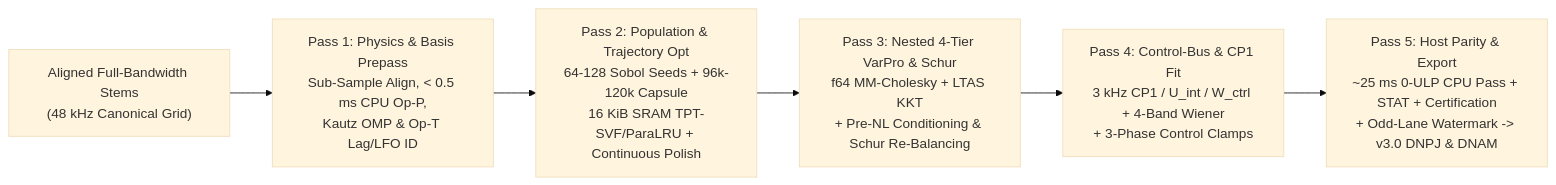
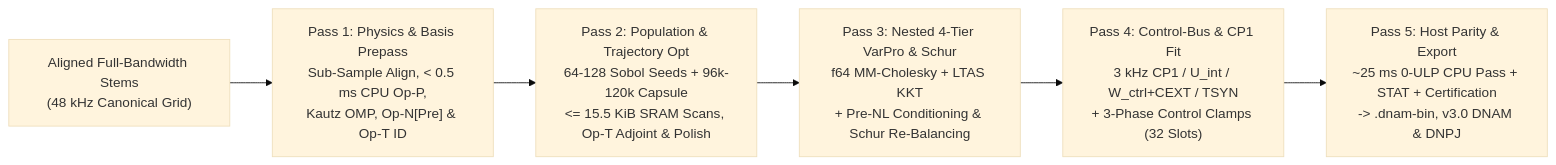
Before and after one commit to mokugen/dnam: the first of 2 diagrams in docs/specs/training/webgpu_and_varpro_solver.md, drawn with Mermaid (base theme). The commit also changed other lines of this file and 11 other files, not shown here.

Commit message:
docs(specs): finalize SONA v3.0 VM DSP, ControlBus, and WebGPU clean-room specs (M6)

````diff
--- a/docs/specs/training/webgpu_and_varpro_solver.md
+++ b/docs/specs/training/webgpu_and_varpro_solver.md
@@ -38,8 +40,8 @@
 ```mermaid
 flowchart LR
-    Stems["Aligned Full-Bandwidth Stems<br/>(48 kHz Canonical Grid)"] --> P1["Pass 1: Physics & Basis Prepass<br/>Sub-Sample Align, < 0.5 ms CPU Op-P,<br/>Kautz OMP & Op-T Lag/LFO ID"]
-    P1 --> P2["Pass 2: Population & Trajectory Opt<br/>64-128 Sobol Seeds + 96k-120k Capsule<br/>16 KiB SRAM TPT-SVF/ParaLRU + Continuous Polish"]
+    Stems["Aligned Full-Bandwidth Stems<br/>(48 kHz Canonical Grid)"] --> P1["Pass 1: Physics & Basis Prepass<br/>Sub-Sample Align, < 0.5 ms CPU Op-P,<br/>Kautz OMP, Op-N[Pre] & Op-T ID"]
+    P1 --> P2["Pass 2: Population & Trajectory Opt<br/>64-128 Sobol Seeds + 96k-120k Capsule<br/><= 15.5 KiB SRAM Scans, Op-T Adjoint & Polish"]
     P2 --> P3["Pass 3: Nested 4-Tier VarPro & Schur<br/>f64 MM-Cholesky + LTAS KKT<br/>+ Pre-NL Conditioning & Schur Re-Balancing"]
-    P3 --> P4["Pass 4: Control-Bus & CP1 Fit<br/>3 kHz CP1 / U_int / W_ctrl + 4-Band Wiener<br/>+ 3-Phase Control Clamps"]
-    P4 --> P5["Pass 5: Host Parity & Export<br/>~25 ms 0-ULP CPU Pass + STAT + Certification<br/>+ Odd-Lane Watermark -> v3.0 DNPJ & DNAM"]
+    P3 --> P4["Pass 4: Control-Bus & CP1 Fit<br/>3 kHz CP1 / U_int / W_ctrl+CEXT / TSYN<br/>+ 3-Phase Control Clamps (32 Slots)"]
+    P4 --> P5["Pass 5: Host Parity & Export<br/>~25 ms 0-ULP CPU Pass + STAT + Certification<br/>-> .dnam-bin, v3.0 DNAM & DNPJ"]
 ```
````
